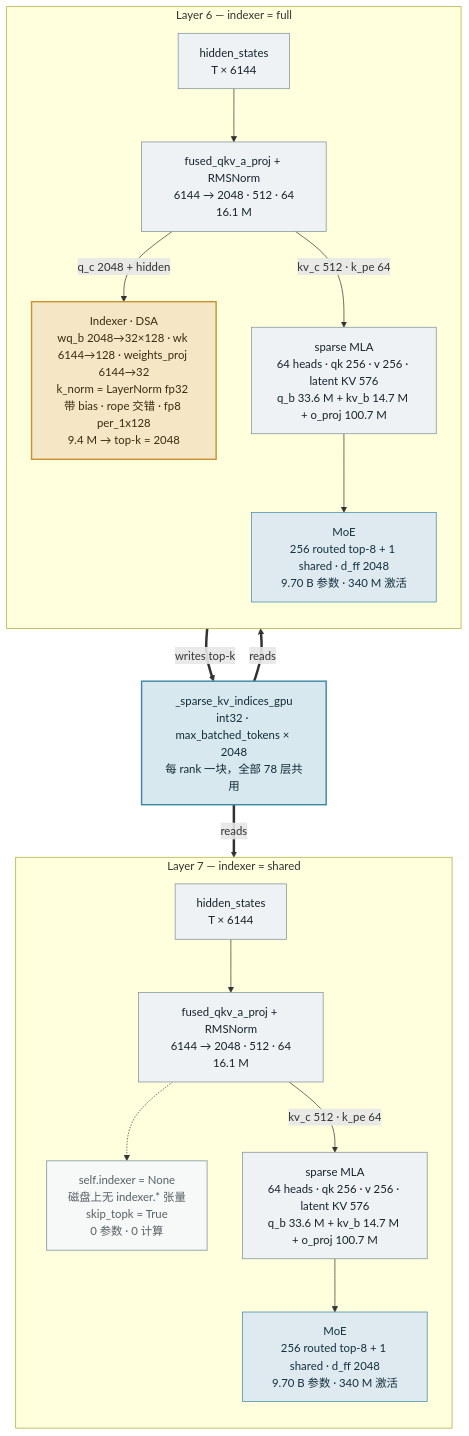
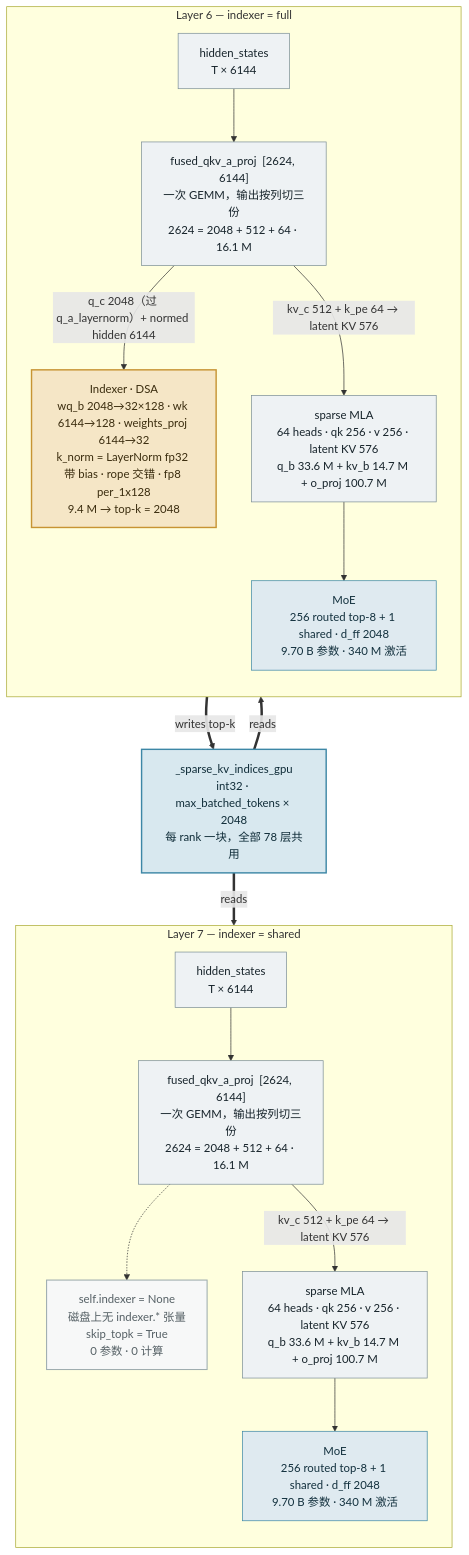
One commit to PerryZhang01/LLM changed the diagram in models/GLM/model.md. Above: the diagram before and after it, drawn with Mermaid.

Commit message:
docs(glm5.2): 说清 fused_qkv_a_proj 是一次 GEMM 的列切分
图里原来写成 "6144 → 2048 · 512 · 64"，读起来像是投影到某个三维形状。
实际是一次 [2624, 6144] 的 GEMM，输出按列切成三份，2624 = 2048 + 512 + 64。
顺带把两条出边标注补全：q_c 走的是 q_a_layernorm 之后的值，
kv_c 与 k_pe 拼成 576 宽的 latent KV。

（本次改动来自先前会话的未提交编辑，单独成 commit。）

````diff
--- a/models/GLM/model.md
+++ b/models/GLM/model.md
@@ -111,46 +111,46 @@
 ```mermaid
 flowchart TB
     classDef box fill:#eef2f4,stroke:#7c8f97,stroke-width:1px,color:#16232a
     classDef hot fill:#f5e6c6,stroke:#c79433,stroke-width:2px,color:#3a2c0e
     classDef gone fill:#f7f8f8,stroke:#9fadaf,stroke-width:1.5px,color:#556065
     classDef buf fill:#d8e8ef,stroke:#3d87a6,stroke-width:2px,color:#0f2c38
     classDef moe fill:#dfeaf0,stroke:#3d87a6,stroke-width:1px,color:#12303d
 
     subgraph L6["Layer 6 — indexer = full"]
         direction TB
         A1["hidden_states<br/>T × 6144"]
-        A2["fused_qkv_a_proj + RMSNorm<br/>6144 → 2048 · 512 · 64<br/>16.1 M"]
+        A2["fused_qkv_a_proj  [2624, 6144]<br/>一次 GEMM，输出按列切三份<br/>2624 = 2048 + 512 + 64 · 16.1 M"]
         A3["Indexer · DSA<br/>wq_b 2048→32×128 · wk 6144→128 · weights_proj 6144→32<br/>k_norm = LayerNorm fp32 带 bias · rope 交错 · fp8 per_1x128<br/>9.4 M → top-k = 2048"]
         A4["sparse MLA<br/>64 heads · qk 256 · v 256 · latent KV 576<br/>q_b 33.6 M + kv_b 14.7 M + o_proj 100.7 M"]
         A5["MoE<br/>256 routed top-8 + 1 shared · d_ff 2048<br/>9.70 B 参数 · 340 M 激活"]
         A1 --> A2
-        A2 -->|"q_c 2048 + hidden"| A3
-        A2 -->|"kv_c 512 · k_pe 64"| A4
+        A2 -->|"q_c 2048（过 q_a_layernorm）+ normed hidden 6144"| A3
+        A2 -->|"kv_c 512 + k_pe 64 → latent KV 576"| A4
         A4 --> A5
     end
 
     BUF["_sparse_kv_indices_gpu<br/>int32 · max_batched_tokens × 2048<br/>每 rank 一块，全部 78 层共用"]
 
     subgraph L7["Layer 7 — indexer = shared"]
         direction TB
         B1["hidden_states<br/>T × 6144"]
-        B2["fused_qkv_a_proj + RMSNorm<br/>6144 → 2048 · 512 · 64<br/>16.1 M"]
+        B2["fused_qkv_a_proj  [2624, 6144]<br/>一次 GEMM，输出按列切三份<br/>2624 = 2048 + 512 + 64 · 16.1 M"]
         B3["self.indexer = None<br/>磁盘上无 indexer.* 张量<br/>skip_topk = True<br/>0 参数 · 0 计算"]
         B4["sparse MLA<br/>64 heads · qk 256 · v 256 · latent KV 576<br/>q_b 33.6 M + kv_b 14.7 M + o_proj 100.7 M"]
         B5["MoE<br/>256 routed top-8 + 1 shared · d_ff 2048<br/>9.70 B 参数 · 340 M 激活"]
         B1 --> B2
         B2 -.-> B3
-        B2 -->|"kv_c 512 · k_pe 64"| B4
+        B2 -->|"kv_c 512 + k_pe 64 → latent KV 576"| B4
         B4 --> B5
     end
 
     A3 ==>|"writes top-k"| BUF
     BUF ==>|"reads"| A4
     BUF ==>|"reads"| B4
 
     class A1,A2,A4,B1,B2,B4 box
     class A3 hot
     class B3 gone
     class BUF buf
     class A5,B5 moe
 ```
````
